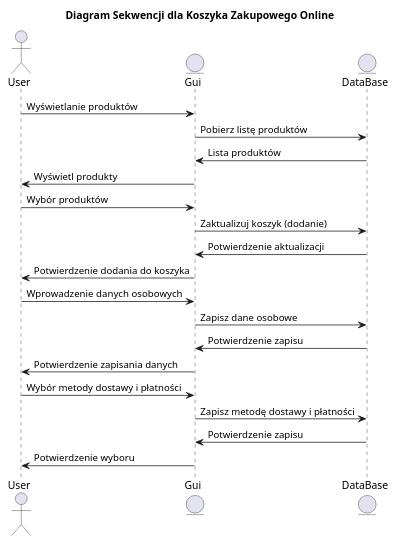
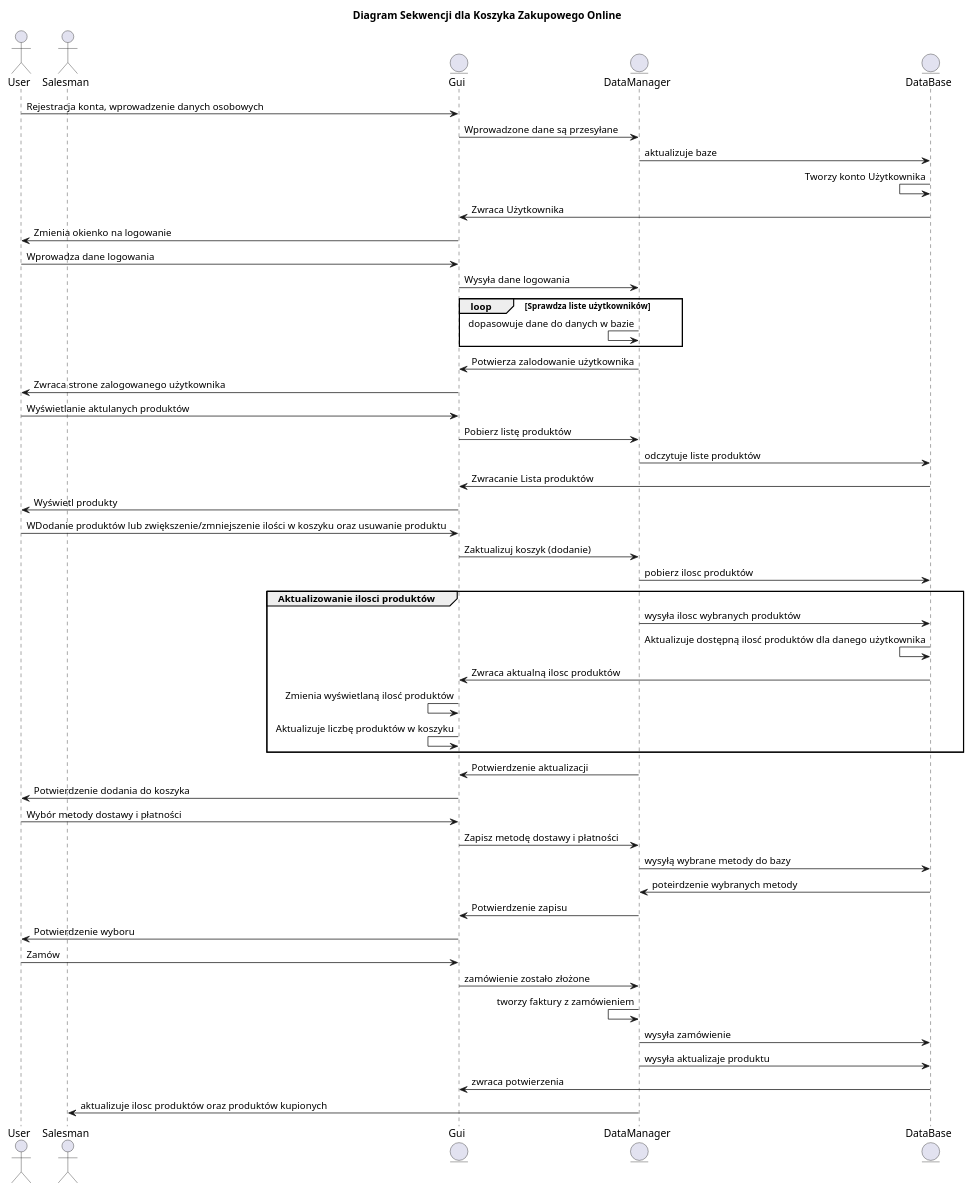
Before and after one commit to Szlesniak/ShoppingCart: the diagram in PlantUML/sekwencja_User.puml, drawn with PlantUML. The commit also changed 2 other files, not shown here.

```diff
--- a/PlantUML/sekwencja_User.puml
+++ b/PlantUML/sekwencja_User.puml
@@ -1,32 +1,64 @@
 @startuml
 title Diagram Sekwencji dla Koszyka Zakupowego Online
 
 actor User
+actor Salesman
 entity Gui
+entity DataManager
 entity DataBase
 
+
+' Użytkownik się rejestruje i loguje
+User -> Gui : Rejestracja konta, wprowadzenie danych osobowych
+Gui -> DataManager : Wprowadzone dane są przesyłane
+DataManager -> DataBase : aktualizuje baze
+DataBase <- DataBase : Tworzy konto Użytkownika
+DataBase -> Gui : Zwraca Użytkownika
+Gui -> User : Zmienia okienko na logowanie
+User -> Gui : Wprowadza dane logowania
+Gui -> DataManager : Wysyła dane logowania
+loop Sprawdza liste użytkowników
+    DataManager <- DataManager : dopasowuje dane do danych w bazie
+end
+DataManager -> Gui : Potwierza zalodowanie użytkownika
+Gui -> User : Zwraca strone zalogowanego użytkownika
+
 ' Użytkownik przegląda produkty
-User -> Gui : Wyświetlanie produktów
-Gui -> DataBase : Pobierz listę produktów
-DataBase -> Gui : Lista produktów
+User -> Gui : Wyświetlanie aktulanych produktów
+Gui -> DataManager : Pobierz listę produktów
+DataManager -> DataBase : odczytuje liste produktów
+DataBase -> Gui : Zwracanie Lista produktów
 Gui -> User : Wyświetl produkty
 
 ' Użytkownik wybiera produkt i dodaje do koszyka
-User -> Gui : Wybór produktów
-Gui -> DataBase : Zaktualizuj koszyk (dodanie)
-DataBase -> Gui : Potwierdzenie aktualizacji
+User -> Gui : WDodanie produktów lub zwiększenie/zmniejszenie ilości w koszyku oraz usuwanie produktu
+Gui -> DataManager : Zaktualizuj koszyk (dodanie)
+DataManager -> DataBase : pobierz ilosc produktów
+group Aktualizowanie ilosci produktów
+DataManager -> DataBase : wysyła ilosc wybranych produktów
+DataBase <- DataBase : Aktualizuje dostępną ilosć produktów dla danego użytkownika
+DataBase -> Gui : Zwraca aktualną ilosc produktów
+Gui <- Gui : Zmienia wyświetlaną ilosć produktów
+Gui <- Gui : Aktualizuje liczbę produktów w koszyku
+end
+DataManager -> Gui : Potwierdzenie aktualizacji
 Gui -> User : Potwierdzenie dodania do koszyka
-
-' Użytkownik wprowadza dane osobowe
-User -> Gui : Wprowadzenie danych osobowych
-Gui -> DataBase : Zapisz dane osobowe
-DataBase -> Gui : Potwierdzenie zapisu
-Gui -> User : Potwierdzenie zapisania danych
 
 ' Użytkownik wybiera sposób dostawy i płatności
 User -> Gui : Wybór metody dostawy i płatności
-Gui -> DataBase : Zapisz metodę dostawy i płatności
-DataBase -> Gui : Potwierdzenie zapisu
+Gui -> DataManager : Zapisz metodę dostawy i płatności
+DataManager -> DataBase : wysyłą wybrane metody do bazy
+DataBase -> DataManager : poteirdzenie wybranych metody
+DataManager -> Gui : Potwierdzenie zapisu
 Gui -> User : Potwierdzenie wyboru
 
+'Użytkownik składa zamówienie
+User -> Gui : Zamów
+Gui -> DataManager : zamówienie zostało złożone
+DataManager <- DataManager : tworzy faktury z zamówieniem
+DataManager -> DataBase : wysyła zamówienie
+DataManager -> DataBase : wysyła aktualizaje produktu
+DataBase -> Gui : zwraca potwierzenia
+DataManager -> Salesman : aktualizuje ilosc produktów oraz produktów kupionych
+
 @enduml
```
